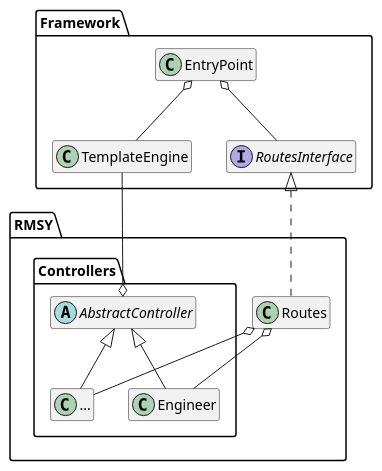
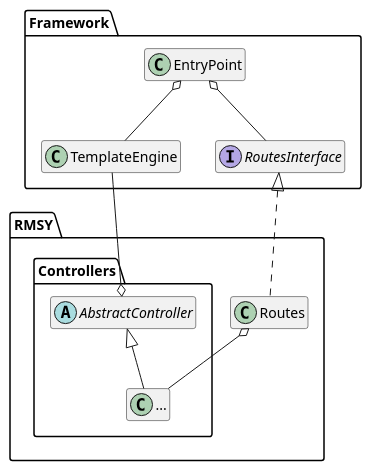
One commit to relnaggar/rmsy.me changed the diagram in apache2/www/src/packages.puml. Above: the diagram before and after it, drawn with PlantUML.

Commit message:
fix something forgotten in packages.puml

```diff
--- a/apache2/www/src/packages.puml
+++ b/apache2/www/src/packages.puml
@@ -1,30 +1,27 @@
 @startuml Packages
 
 hide members
 set separator none
 
 package Framework {
   class EntryPoint
   class TemplateEngine
   interface RoutesInterface
 }
 
 package RMSY {
   class Routes
   package Controllers {
     class "..."
-    class Engineer
     abstract class AbstractController
   }
 }
 
 RoutesInterface <|.. Routes
 EntryPoint o-- RoutesInterface
 EntryPoint o-- TemplateEngine
 AbstractController o-- TemplateEngine
 AbstractController <|-- "..."
 Routes o-- "..."
-AbstractController <|-- Engineer
-Routes o-- Engineer
 
 @enduml
```
